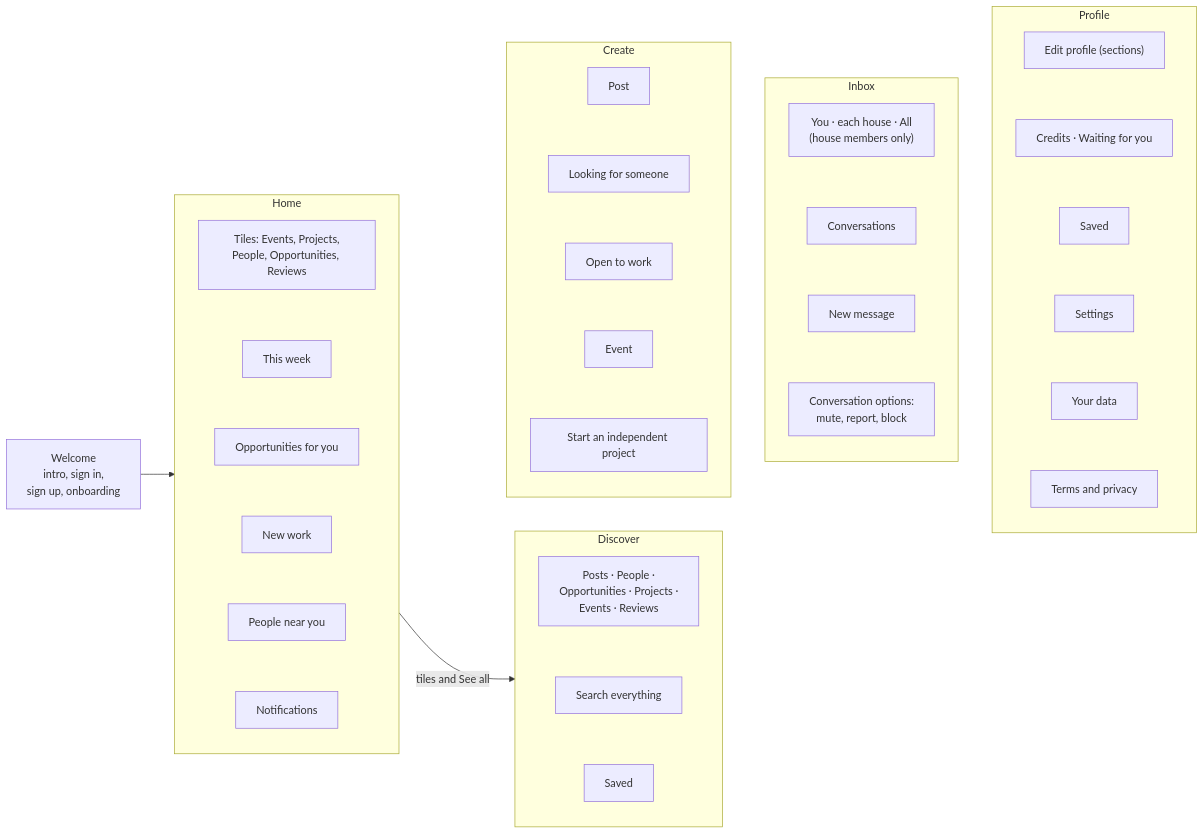
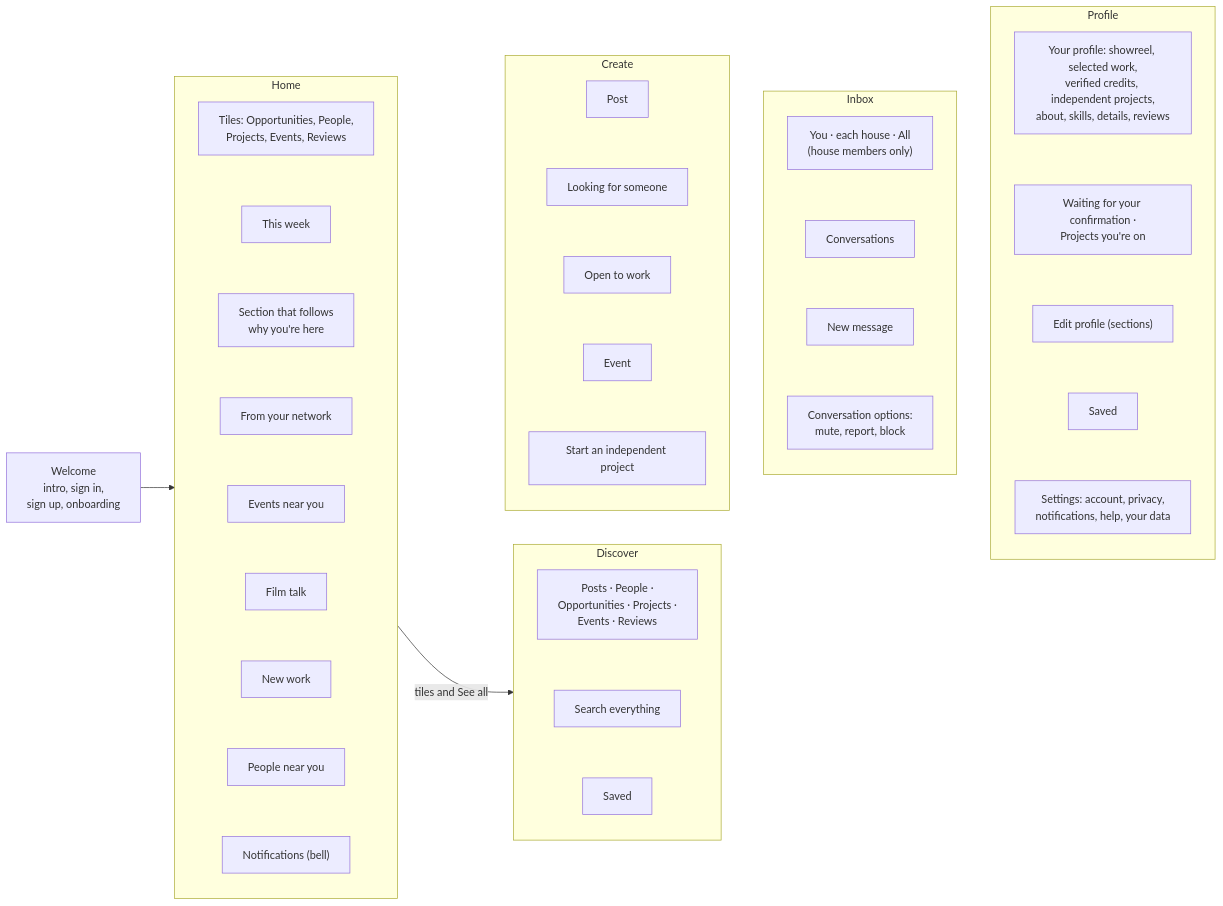
One commit to kirito-sketch/Art-Artist changed the first of 3 diagrams in docs/sunday/2-information-architecture.md. Above: the diagram before and after it, drawn with Mermaid. The commit also changed other lines of this file and 8 other files, not shown here.

````diff
--- a/docs/sunday/2-information-architecture.md
+++ b/docs/sunday/2-information-architecture.md
@@ -7,26 +7,26 @@
 ```mermaid
 flowchart LR
   Entry["Welcome<br/>intro, sign in,<br/>sign up, onboarding"] --> HOME
   subgraph HOME["Home"]
     direction TB
-    h1["Tiles: Events, Projects,<br/>People, Opportunities, Reviews"] ~~~ h2["This week"] ~~~ h3["Opportunities for you"] ~~~ h4["New work"] ~~~ h5["People near you"] ~~~ h6["Notifications"]
+    h1["Tiles: Opportunities, People,<br/>Projects, Events, Reviews"] ~~~ h2["This week"] ~~~ h3["Section that follows<br/>why you're here"] ~~~ h4["From your network"] ~~~ h5["Events near you"] ~~~ h6["Film talk"] ~~~ h7["New work"] ~~~ h8["People near you"] ~~~ h9["Notifications (bell)"]
   end
   subgraph DISC["Discover"]
     direction TB
     d1["Posts · People ·<br/>Opportunities · Projects ·<br/>Events · Reviews"] ~~~ d2["Search everything"] ~~~ d3["Saved"]
   end
   subgraph CREATE["Create"]
     direction TB
     c1["Post"] ~~~ c2["Looking for someone"] ~~~ c3["Open to work"] ~~~ c4["Event"] ~~~ c5["Start an independent project"]
   end
   subgraph INBOX["Inbox"]
     direction TB
     i0["You · each house · All<br/>(house members only)"] ~~~ i1["Conversations"] ~~~ i2["New message"] ~~~ i3["Conversation options:<br/>mute, report, block"]
   end
   subgraph PROF["Profile"]
     direction TB
-    p1["Edit profile (sections)"] ~~~ p2["Credits · Waiting for you"] ~~~ p3["Saved"] ~~~ p4["Settings"] ~~~ p5["Your data"] ~~~ p6["Terms and privacy"]
+    p0["Your profile: showreel, selected work,<br/>verified credits, independent projects,<br/>about, skills, details, reviews"] ~~~ p2["Waiting for your confirmation ·<br/>Projects you're on"] ~~~ p1["Edit profile (sections)"] ~~~ p3["Saved"] ~~~ p4["Settings: account, privacy,<br/>notifications, help, your data"]
   end
   HOME -- "tiles and See all" --> DISC
   HOME ~~~ CREATE ~~~ INBOX ~~~ PROF
 ```
````
